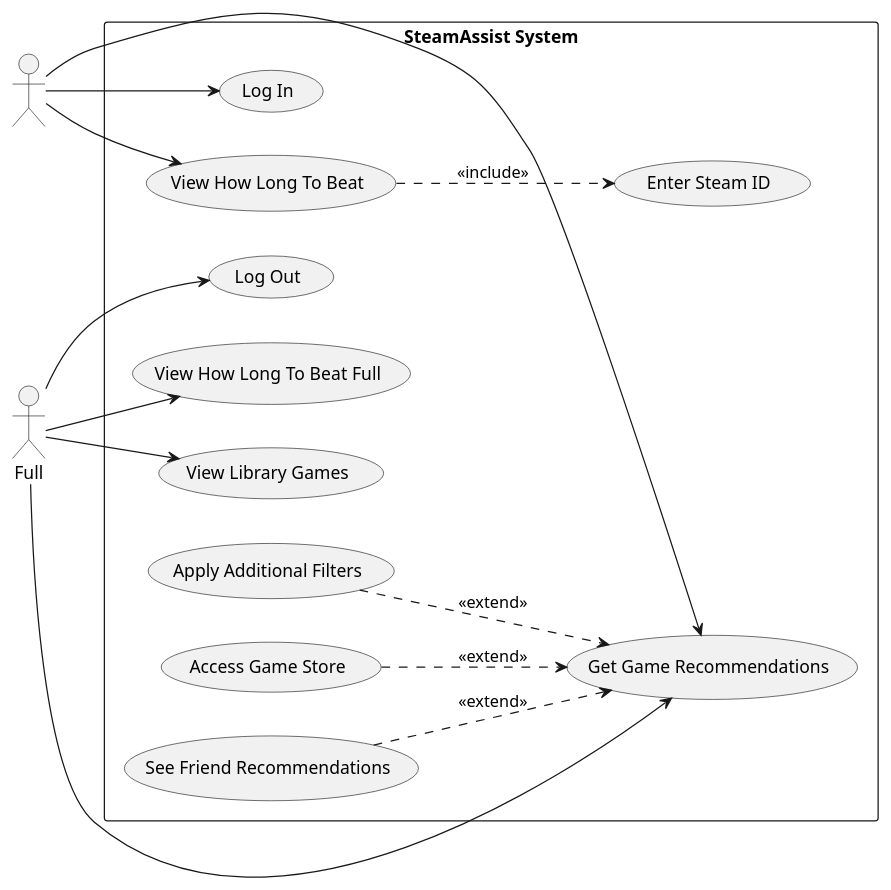
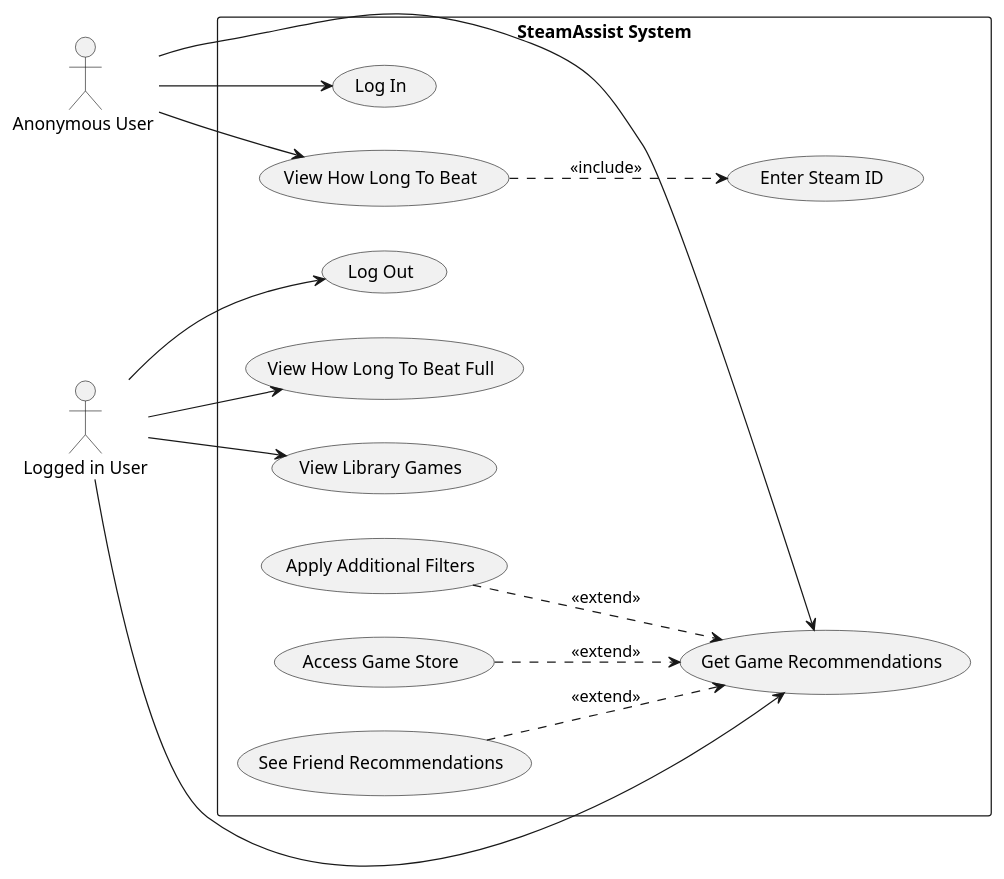
Before and after one commit to Ivangb-626/SteamAssist: the diagram in Req.Analysis/Use-case.puml, drawn with PlantUML.

```diff
--- a/Req.Analysis/Use-case.puml
+++ b/Req.Analysis/Use-case.puml
@@ -1,44 +1,44 @@
 @startuml SteamAssist
 
 left to right direction
 skinparam actorStyle stick
 
-actor " " as Anonymous
-actor "Full" as LoggedIn
+actor "Anonymous User " as Anonymous
+actor "Logged in User" as LoggedIn
 
 rectangle "SteamAssist System" {
   usecase "Log In" as UC1
   usecase "Log Out" as UC2
   
   ' Main use cases
   usecase "View How Long To Beat" as UC3A
   usecase "View How Long To Beat Full" as UC3L
   usecase "Get Game Recommendations" as UC6
   usecase "View Library Games" as UC7
   
   ' Supporting use cases
   usecase "Enter Steam ID" as UC4
   usecase "See Friend Recommendations" as UC11
   usecase "Apply Additional Filters" as UC12
   usecase "Access Game Store" as UC13
 }
 
 ' Actor connections
 Anonymous --> UC1
 Anonymous --> UC3A
 Anonymous --> UC6
 
 LoggedIn --> UC2
 LoggedIn --> UC3L
 LoggedIn --> UC6
 LoggedIn --> UC7
 
 ' Include relationships
 UC3A ..> UC4 : <<include>>
 
 ' Extend relationships
 UC11 ..> UC6 : <<extend>>
 UC12 ..> UC6 : <<extend>>
 UC13 ..> UC6 : <<extend>>
 
 @enduml
```
